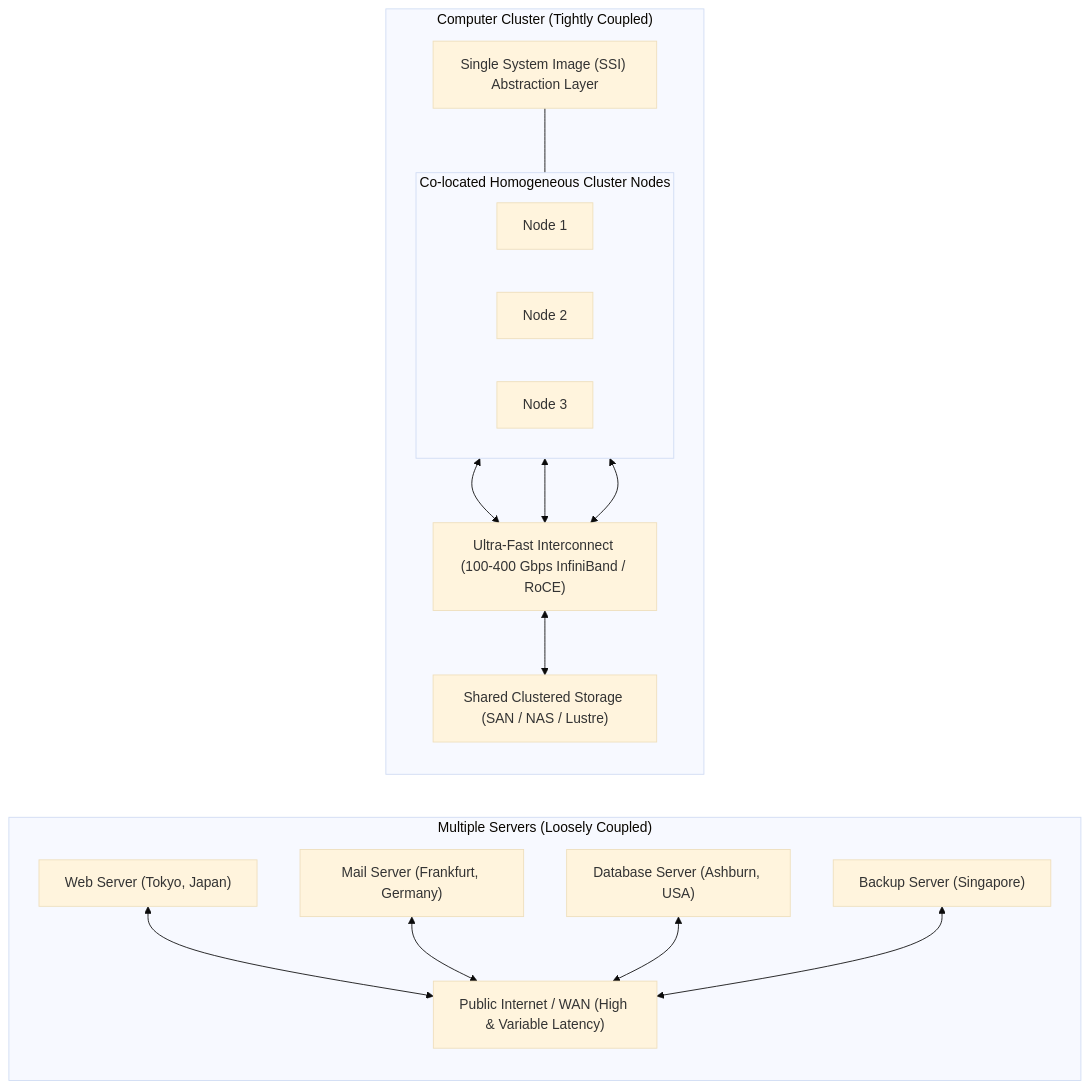
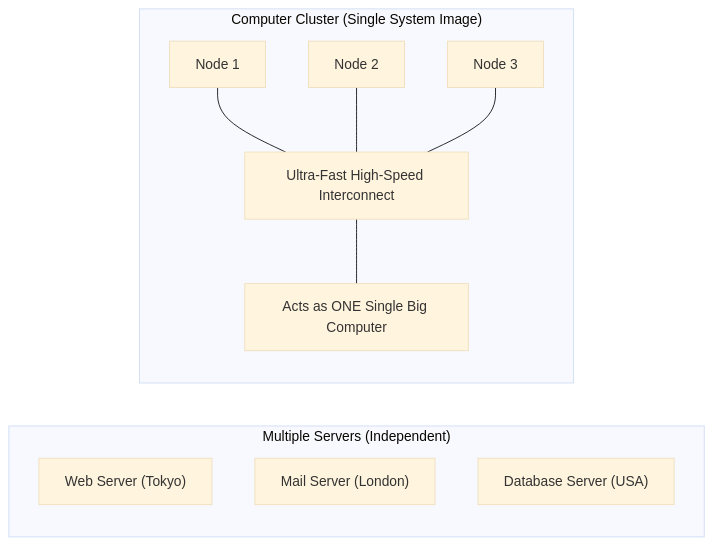
One commit to KhornVictor-Learning/DistributedSystems changed the fifth of 6 diagrams in C2-System model/TP3.md. Above: the diagram before and after it, drawn with Mermaid (base theme). The commit also changed other lines of this file, not shown here.

````diff
--- a/C2-System model/TP3.md
+++ b/C2-System model/TP3.md
@@ -407,37 +280,18 @@
 ```mermaid
 flowchart LR
-    subgraph MultipleServers["Multiple Servers (Loosely Coupled)"]
+    subgraph Multi["Multiple Servers (Independent)"]
         direction TB
-        S1["Web Server (Tokyo, Japan)"]
-        S2["Mail Server (Frankfurt, Germany)"]
-        S3["Database Server (Ashburn, USA)"]
-        S4["Backup Server (Singapore)"]
-        WAN["Public Internet / WAN (High & Variable Latency)"]
-
-        S1 <--> WAN
-        S2 <--> WAN
-        S3 <--> WAN
-        S4 <--> WAN
+        M1["Web Server (Tokyo)"]
+        M2["Mail Server (London)"]
+        M3["Database Server (USA)"]
     end
 
-    subgraph Cluster["Computer Cluster (Tightly Coupled)"]
+    subgraph Clust["Computer Cluster (Single System Image)"]
         direction TB
-        SSI["Single System Image (SSI) Abstraction Layer"]
-
-        subgraph Nodes["Co-located Homogeneous Cluster Nodes"]
-            direction LR
-            N1["Node 1"]
-            N2["Node 2"]
-            N3["Node 3"]
-        end
-
-        Fabric["Ultra-Fast Interconnect (100-400 Gbps InfiniBand / RoCE)"]
-        Storage["Shared Clustered Storage (SAN / NAS / Lustre)"]
-
-        SSI --- N2
-        N1 <--> Fabric
-        N2 <--> Fabric
-        N3 <--> Fabric
-        Fabric <--> Storage
+        direction TB
+        N1["Node 1"] --- Fabric["Ultra-Fast High-Speed Interconnect"]
+        N2["Node 2"] --- Fabric
+        N3["Node 3"] --- Fabric
+        Fabric --- Workload["Acts as ONE Single Big Computer"]
     end
 ```
````
